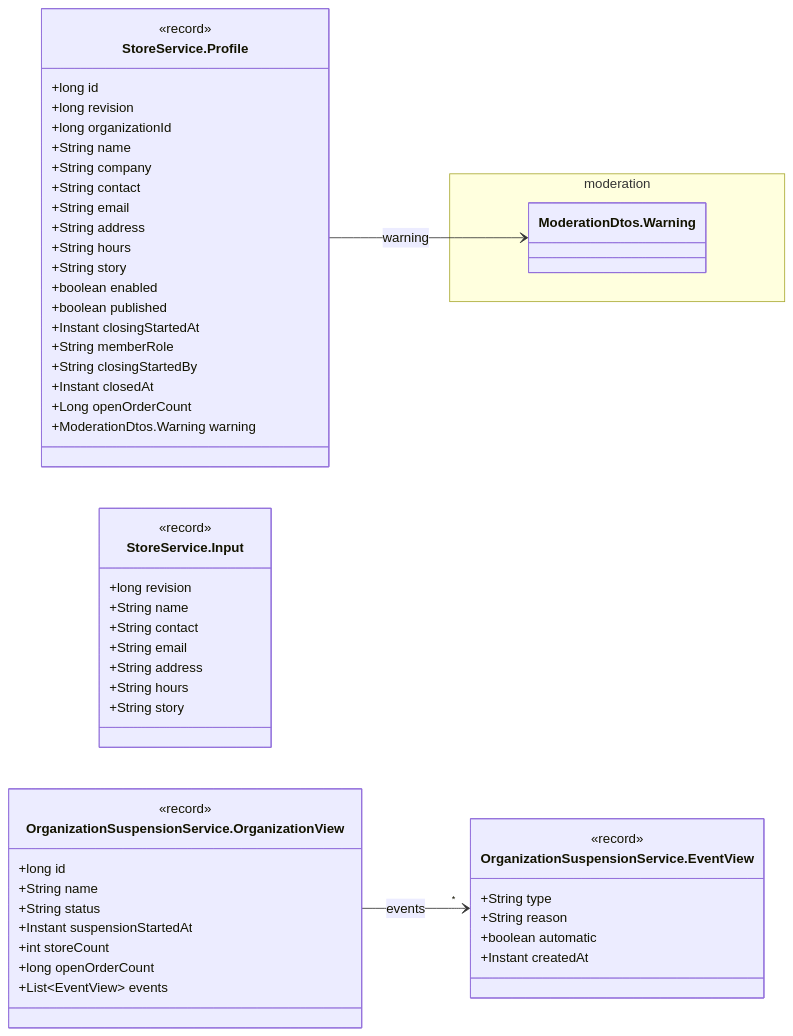
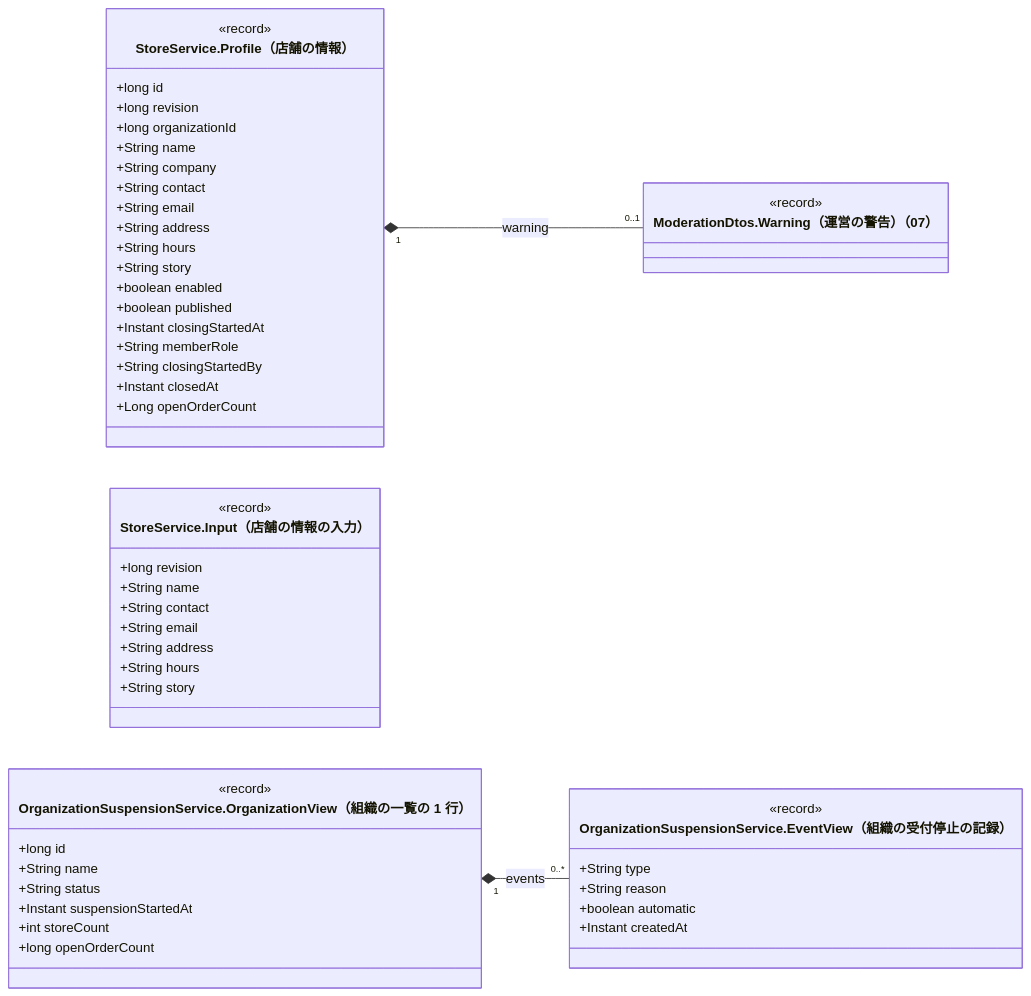
Before and after one commit to abeouga/kusakari-document: diagram 11 of 20 in クラス図/kusakari-ec/02_店舗と組織.md, drawn with Mermaid. The commit also changed other lines of this file and 87 other files, not shown here.

Commit message:
EC のクラス図に全体図を足し、詳細図をデータとモジュールの図に分けて書き直す

````diff
--- a/クラス図/kusakari-ec/02_店舗と組織.md
+++ b/クラス図/kusakari-ec/02_店舗と組織.md
@@ -884,58 +970,56 @@
 ```mermaid
 classDiagram
-  direction LR
-  class StoreService_Profile["StoreService.Profile"] {
-    <<record>>
-    +long id
-    +long revision
-    +long organizationId
-    +String name
-    +String company
-    +String contact
-    +String email
-    +String address
-    +String hours
-    +String story
-    +boolean enabled
-    +boolean published
-    +Instant closingStartedAt
-    +String memberRole
-    +String closingStartedBy
-    +Instant closedAt
-    +Long openOrderCount
-    +ModerationDtos.Warning warning
-  }
-  class StoreService_Input["StoreService.Input"] {
-    <<record>>
-    +long revision
-    +String name
-    +String contact
-    +String email
-    +String address
-    +String hours
-    +String story
-  }
-  class OrganizationSuspensionService_OrganizationView["OrganizationSuspensionService.OrganizationView"] {
-    <<record>>
-    +long id
-    +String name
-    +String status
-    +Instant suspensionStartedAt
-    +int storeCount
-    +long openOrderCount
-    +List~EventView~ events
-  }
-  class OrganizationSuspensionService_EventView["OrganizationSuspensionService.EventView"] {
-    <<record>>
-    +String type
-    +String reason
-    +boolean automatic
-    +Instant createdAt
-  }
-  namespace moderation {
-    class ModerationDtos_Warning["ModerationDtos.Warning"]
-  }
+    direction LR
+    class StoreService_Profile["StoreService.Profile（店舗の情報）"] {
+        <<record>>
+        +long id
+        +long revision
+        +long organizationId
+        +String name
+        +String company
+        +String contact
+        +String email
+        +String address
+        +String hours
+        +String story
+        +boolean enabled
+        +boolean published
+        +Instant closingStartedAt
+        +String memberRole
+        +String closingStartedBy
+        +Instant closedAt
+        +Long openOrderCount
+    }
+    class StoreService_Input["StoreService.Input（店舗の情報の入力）"] {
+        <<record>>
+        +long revision
+        +String name
+        +String contact
+        +String email
+        +String address
+        +String hours
+        +String story
+    }
+    class OrganizationSuspensionService_OrganizationView["OrganizationSuspensionService.OrganizationView（組織の一覧の 1 行）"] {
+        <<record>>
+        +long id
+        +String name
+        +String status
+        +Instant suspensionStartedAt
+        +int storeCount
+        +long openOrderCount
+    }
+    class OrganizationSuspensionService_EventView["OrganizationSuspensionService.EventView（組織の受付停止の記録）"] {
+        <<record>>
+        +String type
+        +String reason
+        +boolean automatic
+        +Instant createdAt
+    }
+    class ModerationDtos_Warning["ModerationDtos.Warning（運営の警告）（07）"] {
+        <<record>>
+    }
 
-  StoreService_Profile --> ModerationDtos_Warning : warning
-  OrganizationSuspensionService_OrganizationView --> "*" OrganizationSuspensionService_EventView : events
+    StoreService_Profile "1" *-- "0..1" ModerationDtos_Warning : warning
+    OrganizationSuspensionService_OrganizationView "1" *-- "0..*" OrganizationSuspensionService_EventView : events
 ```
````
